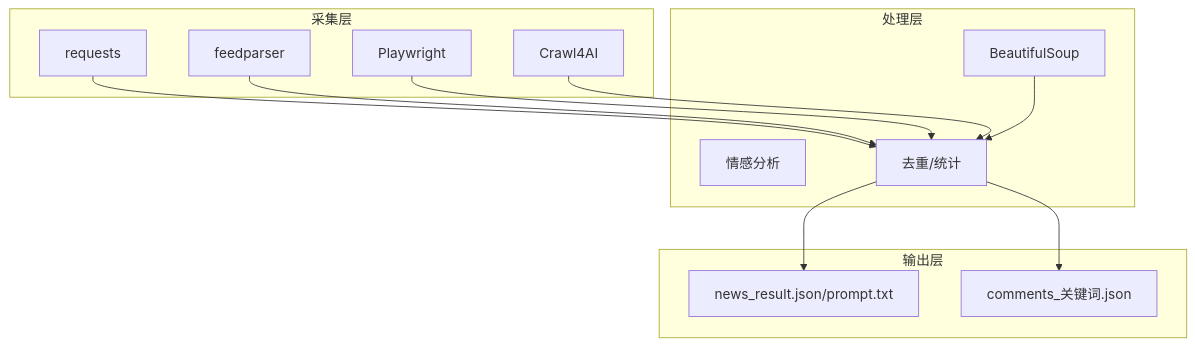
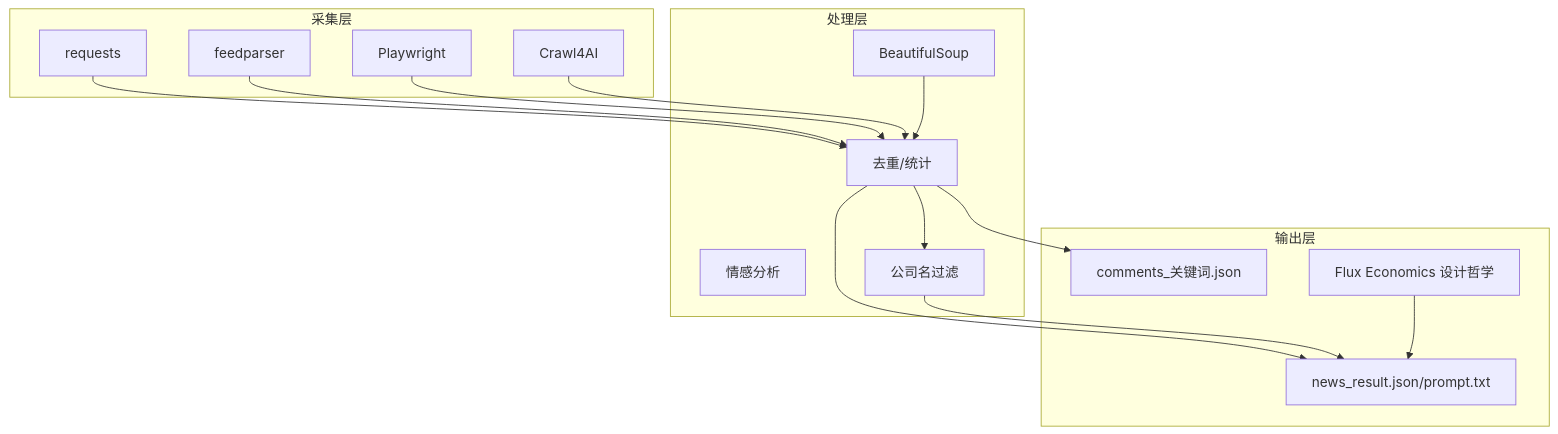
One commit to jy2360136/redbook changed the second of 5 diagrams in .qoder/repowiki/zh/content/技术实现细节/技术实现细节.md. Above: the diagram before and after it, drawn with Mermaid. The commit also changed other lines of this file and 33 other files, not shown here.

````diff
--- a/.qoder/repowiki/zh/content/技术实现细节/技术实现细节.md
+++ b/.qoder/repowiki/zh/content/技术实现细节/技术实现细节.md
@@ -113,25 +113,30 @@
 ```mermaid
 graph TB
 subgraph "采集层"
 R["requests"]
 FP["feedparser"]
 PW["Playwright"]
 C4["Crawl4AI"]
 end
 subgraph "处理层"
 BS["BeautifulSoup"]
 SA["情感分析"]
 DU["去重/统计"]
+CF["公司名过滤"]
 end
 subgraph "输出层"
 OUT["news_result.json/prompt.txt"]
 COM["comments_关键词.json"]
+END["Flux Economics 设计哲学"]
 end
 R --> DU
 FP --> DU
 PW --> DU
 C4 --> DU
 DU --> OUT
+DU --> CF
+CF --> OUT
 DU --> COM
 BS --> DU
+END --> OUT
 ```
````
